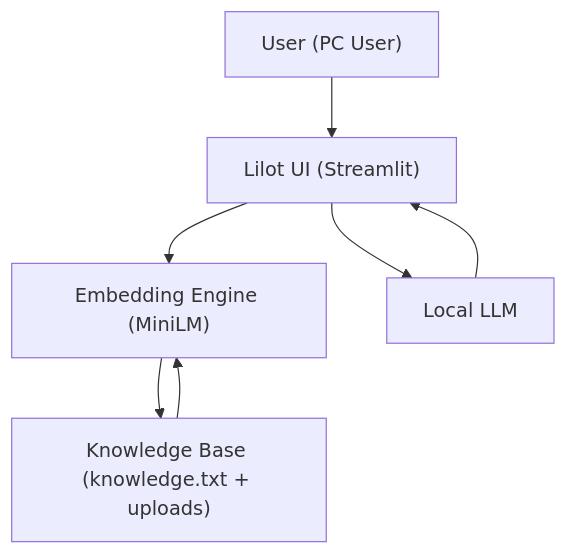
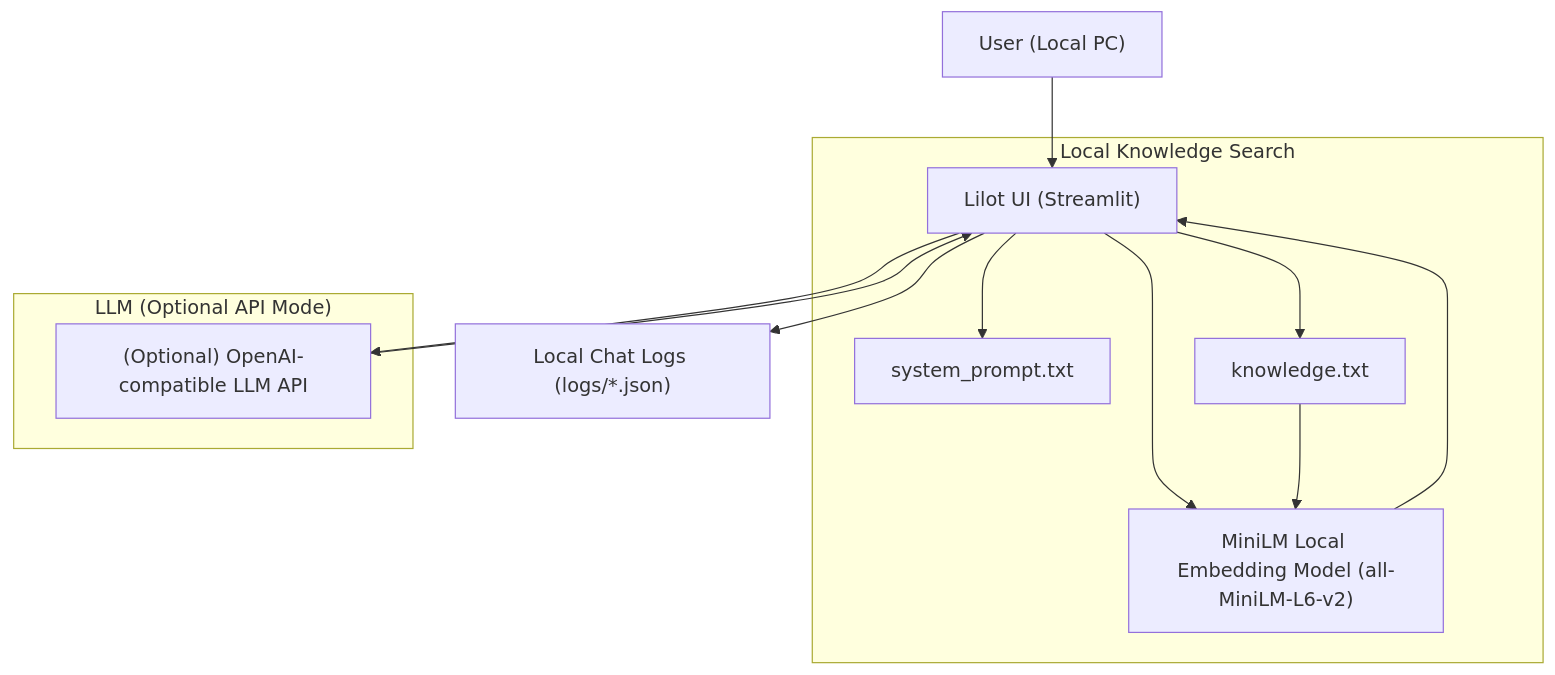
The diagram in README.md (ganase/lilot), drawn with Mermaid before and after one commit.

````diff
--- a/README.md
+++ b/README.md
@@ -23,15 +23,28 @@
 ```mermaid
 flowchart TD
-    User["User (PC User)"]
-    UI["Lilot UI (Streamlit)"]
-    Embed["Embedding Engine (MiniLM)"]
-    LLM["Local LLM"]
-    Docs["Knowledge Base (knowledge.txt + uploads)"]
 
-    User --> UI
-    UI --> LLM
-    UI --> Embed
-    Embed --> Docs
-    Docs --> Embed
-    LLM --> UI
+User["User (Local PC)"]
+UI["Lilot UI (Streamlit)"]
+SP["system_prompt.txt"]
+KB["knowledge.txt"]
+EMB["MiniLM Local Embedding Model (all-MiniLM-L6-v2)"]
+API["(Optional) OpenAI-compatible LLM API"]
+HIS["Local Chat Logs (logs/*.json)"]
+
+User --> UI
+
+subgraph "Local Knowledge Search"
+UI --> KB
+UI --> SP
+UI --> EMB
+KB --> EMB
+EMB --> UI
+end
+
+subgraph "LLM (Optional API Mode)"
+UI --> API
+API --> UI
+end
+
+UI --> HIS
 ```
````
